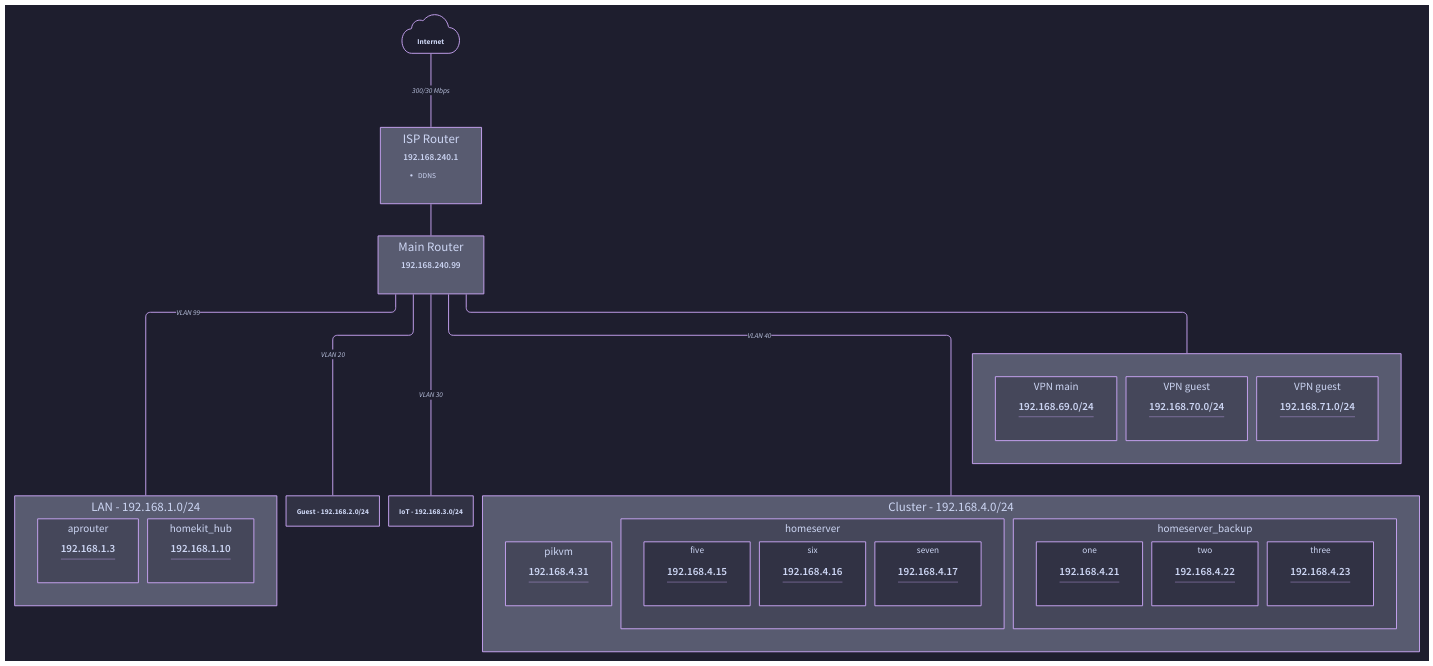
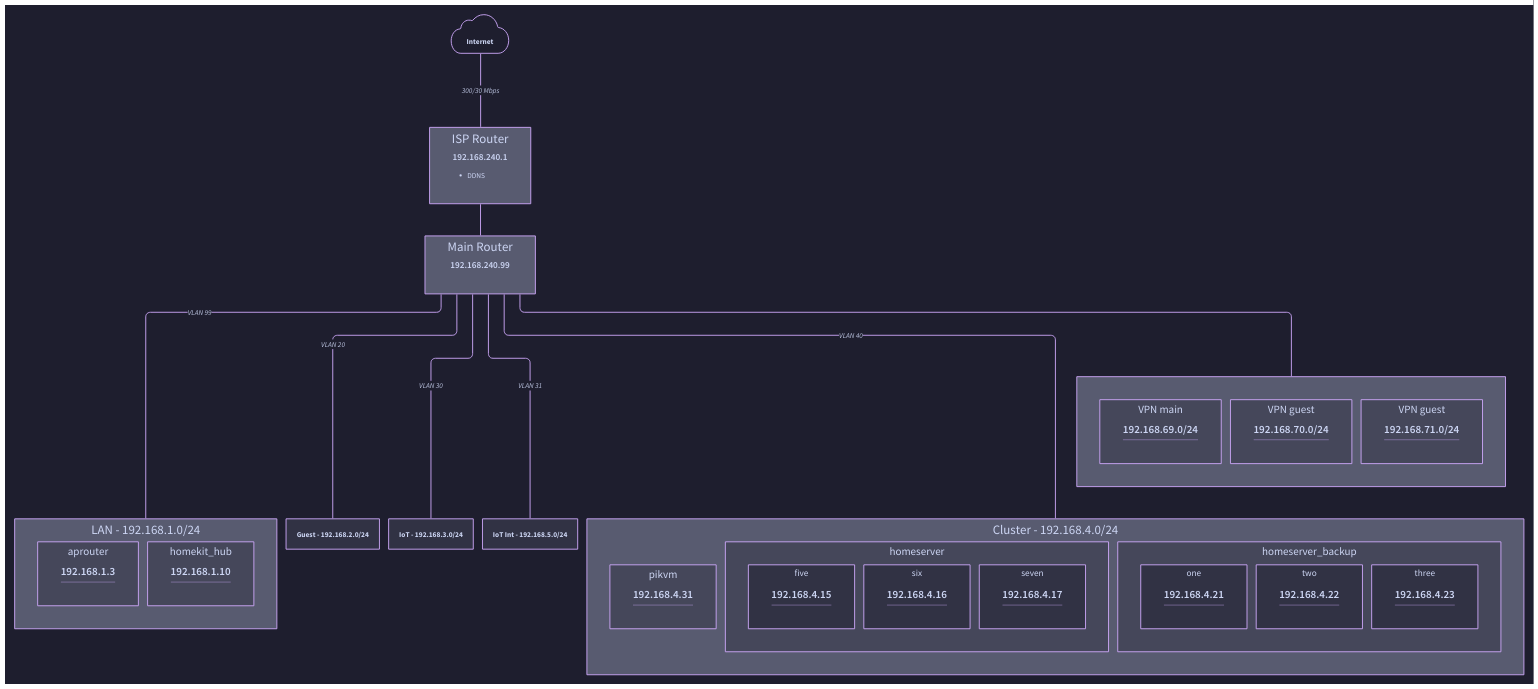
Before and after one commit to dezeroku/network_layout: the diagram in docs/diagrams/network_overview.d2, drawn with D2. The commit also changed 5 other files, not shown here.

```diff
--- a/docs/diagrams/network_overview.d2
+++ b/docs/diagrams/network_overview.d2
@@ -1,140 +1,145 @@
 vars: {
   d2-config: {
     layout-engine: elk
     theme-id: 200
   }
 }
 direction: down
 
 classes: {
   *: {
     label: ""
     shape: rectangle
     style: {
       border-radius: 10
     }
   }
 }
 
 internet: {
   shape: cloud
   label: "Internet"
 }
 
 isp_router: {
   label: "ISP Router"
   explanation: |md
     ### 192.168.240.1
     - DDNS
   |
 }
 
 mainrouter: {
   label: "Main Router"
   explanation: |md
     ### 192.168.240.99
   |
 }
 
 vlan_lan: {
   label: "LAN - 192.168.1.0/24"
 }
 
 vlan_guest: {
   label: "Guest - 192.168.2.0/24"
 }
 
 vlan_iot: {
   label: "IoT - 192.168.3.0/24"
+}
+
+vlan_iot_int: {
+  label: "IoT Int - 192.168.5.0/24"
 }
 
 vlan_cluster: {
   label: "Cluster - 192.168.4.0/24"
 }
 
 vpn: {
   label: ""
 }
 
 vpn.main: {
   label: "VPN main"
   explanation: |md
     ## 192.168.69.0/24
   |
 }
 
 vpn.guest: {
   label: "VPN guest"
   explanation: |md
     ## 192.168.70.0/24
   |
 }
 
 vpn.family: {
   label: "VPN guest"
   explanation: |md
     ## 192.168.71.0/24
   |
 }
 
 vlan_lan.aprouter: {
   explanation: |md
     ## 192.168.1.3
   |
 }
 
 vlan_lan.homekit_hub: {
   explanation: |md
     ## 192.168.1.10
   |
 }
 
 vlan_cluster.pikvm: {
   explanation: |md
     ## 192.168.4.31
   |
 }
 
 vlan_cluster.homeserver.five: {
   explanation: |md
     ## 192.168.4.15
   |
 }
 
 vlan_cluster.homeserver.six: {
   explanation: |md
     ## 192.168.4.16
   |
 }
 
 vlan_cluster.homeserver.seven: {
   explanation: |md
     ## 192.168.4.17
   |
 }
 
 vlan_cluster.homeserver_backup.one: {
   explanation: |md
     ## 192.168.4.21
   |
 }
 
 vlan_cluster.homeserver_backup.two: {
   explanation: |md
     ## 192.168.4.22
   |
 }
 
 vlan_cluster.homeserver_backup.three: {
   explanation: |md
     ## 192.168.4.23
   |
 }
 
 internet -- isp_router: "300/30 Mbps"
 isp_router -- mainrouter
 mainrouter -- vlan_lan: "VLAN 99"
 mainrouter -- vlan_guest: "VLAN 20"
 mainrouter -- vlan_iot: "VLAN 30"
+mainrouter -- vlan_iot_int: "VLAN 31"
 mainrouter -- vlan_cluster: "VLAN 40"
 mainrouter -- vpn
```
